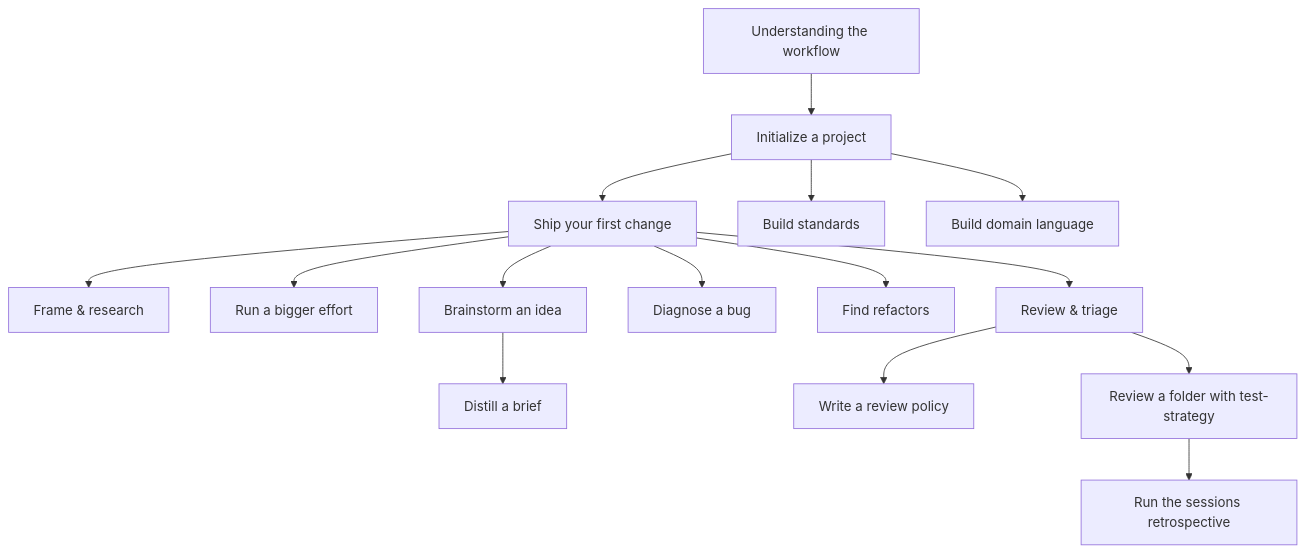
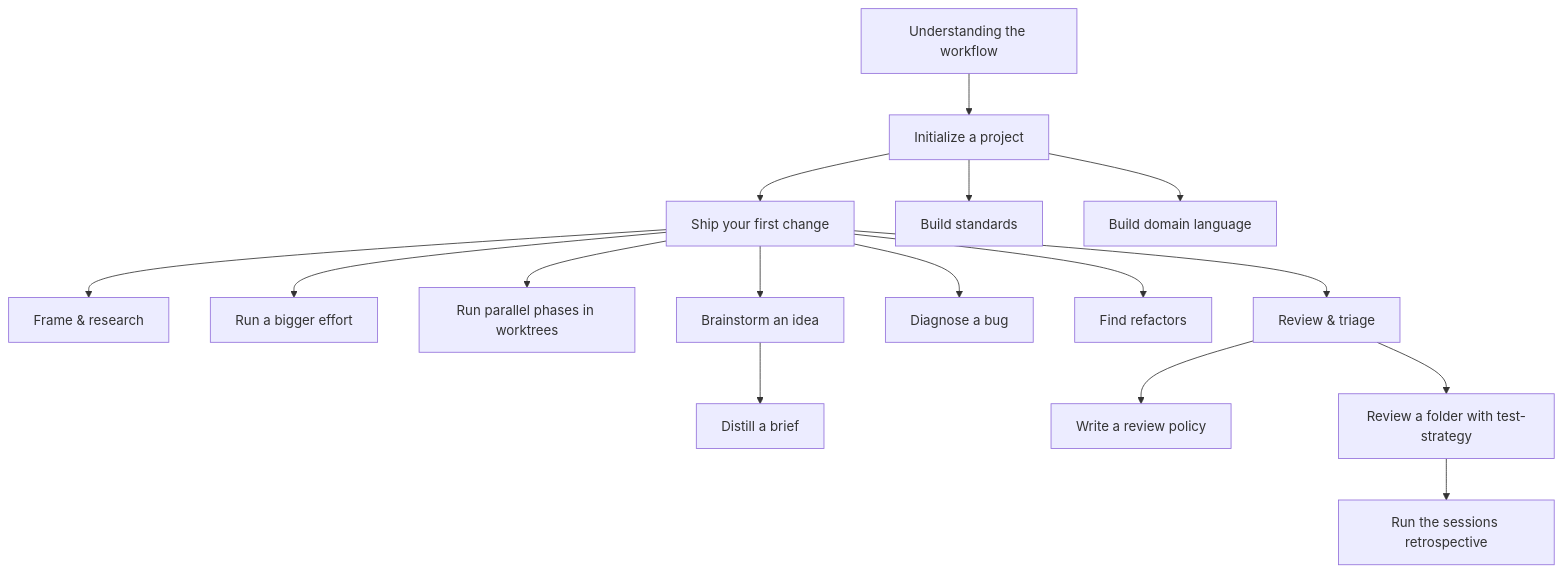
Before and after one commit to dikamilo/dx-workflow: the diagram in docs/README.md, drawn with Mermaid. The commit also changed other lines of this file and 22 other files, not shown here.

````diff
--- a/docs/README.md
+++ b/docs/README.md
@@ -16,17 +16,18 @@
 ```mermaid
 flowchart TD
     A[Understanding the workflow] --> B[Initialize a project]
     B --> C[Ship your first change]
     C --> D[Frame & research]
     C --> E[Run a bigger effort]
+    C --> W[Run parallel phases in worktrees]
     C --> F[Review & triage]
     B --> G[Build standards]
     B --> H[Build domain language]
     C --> I[Diagnose a bug]
     C --> J[Find refactors]
     C --> K[Brainstorm an idea]
     K --> L[Distill a brief]
     F --> M[Write a review policy]
     F --> N[Review a folder with test-strategy]
     N --> O[Run the sessions retrospective]
 ```
````
